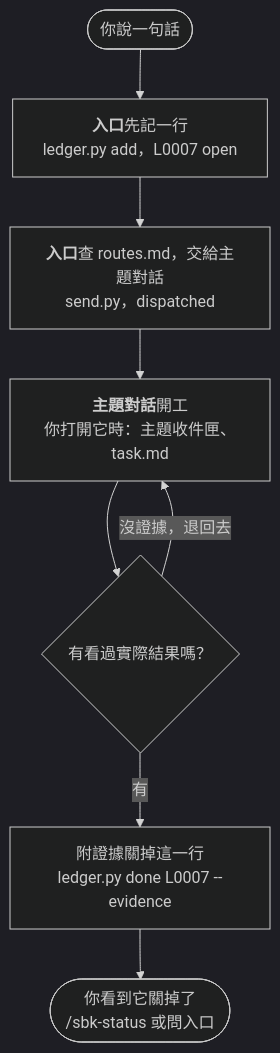
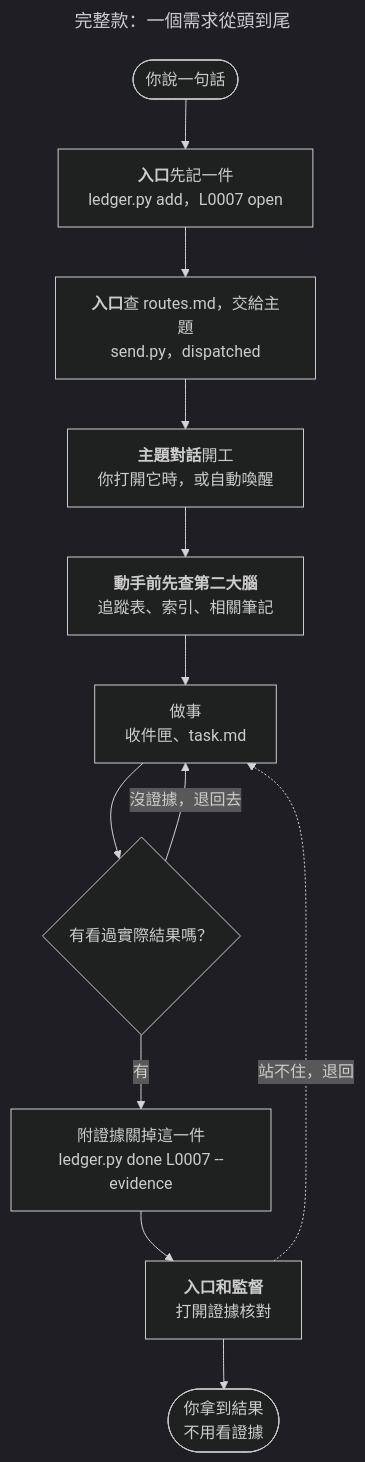
The second of 6 diagrams in docs/zh-TW/進階功能.md (0Smallcat0/second-brain-kit), drawn with Mermaid (dark theme) before and after one commit. The commit also changed other lines of this file and 48 other files, not shown here.

````diff
--- a/docs/zh-TW/進階功能.md
+++ b/docs/zh-TW/進階功能.md
@@ -69,10 +110,17 @@
 ```mermaid
+---
+title: "完整款：一個需求從頭到尾"
+---
 flowchart TD
-  A(["你說一句話"]) --> B["<b>入口</b>先記一行<br/>ledger.py add，L0007 open"]
-  B --> C["<b>入口</b>查 routes.md，交給主題對話<br/>send.py，dispatched"]
-  C --> D["<b>主題對話</b>開工<br/>你打開它時：主題收件匣、task.md"]
-  D --> E{"有看過實際結果嗎？"}
-  E -->|沒證據，退回去| D
-  E -->|有| F["附證據關掉這一行<br/>ledger.py done L0007 --evidence"]
-  F --> G(["你看到它關掉了<br/>/sbk-status 或問入口"])
+  A(["你說一句話"]) --> B["<b>入口</b>先記一件<br/>ledger.py add，L0007 open"]
+  B --> C["<b>入口</b>查 routes.md，交給主題<br/>send.py，dispatched"]
+  C --> D["<b>主題對話</b>開工<br/>你打開它時，或自動喚醒"]
+  D --> N["<b>動手前先查第二大腦</b><br/>追蹤表、索引、相關筆記"]
+  N --> W["做事<br/>收件匣、task.md"]
+  W --> E{"有看過實際結果嗎？"}
+  E -->|沒證據，退回去| W
+  E -->|有| F["附證據關掉這一件<br/>ledger.py done L0007 --evidence"]
+  F --> S["<b>入口和監督</b><br/>打開證據核對"]
+  S -.->|站不住，退回| W
+  S --> G(["你拿到結果<br/>不用看證據"])
 ```
````
